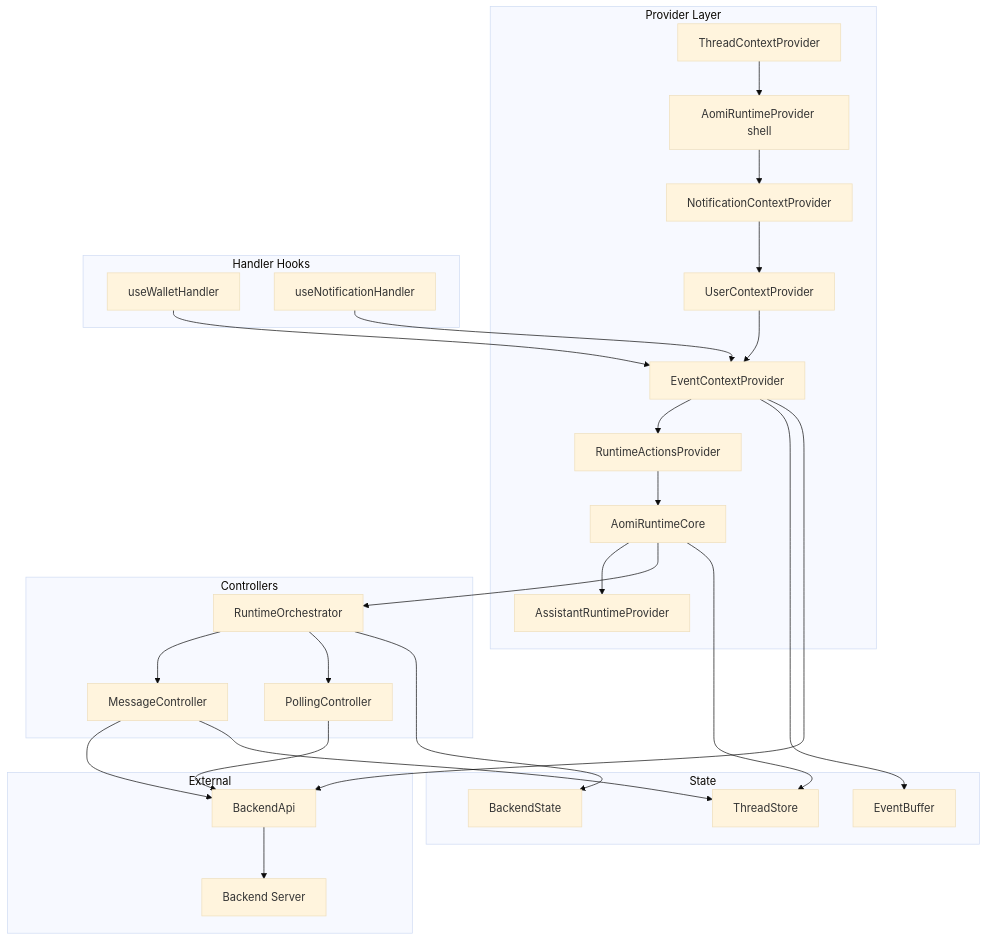
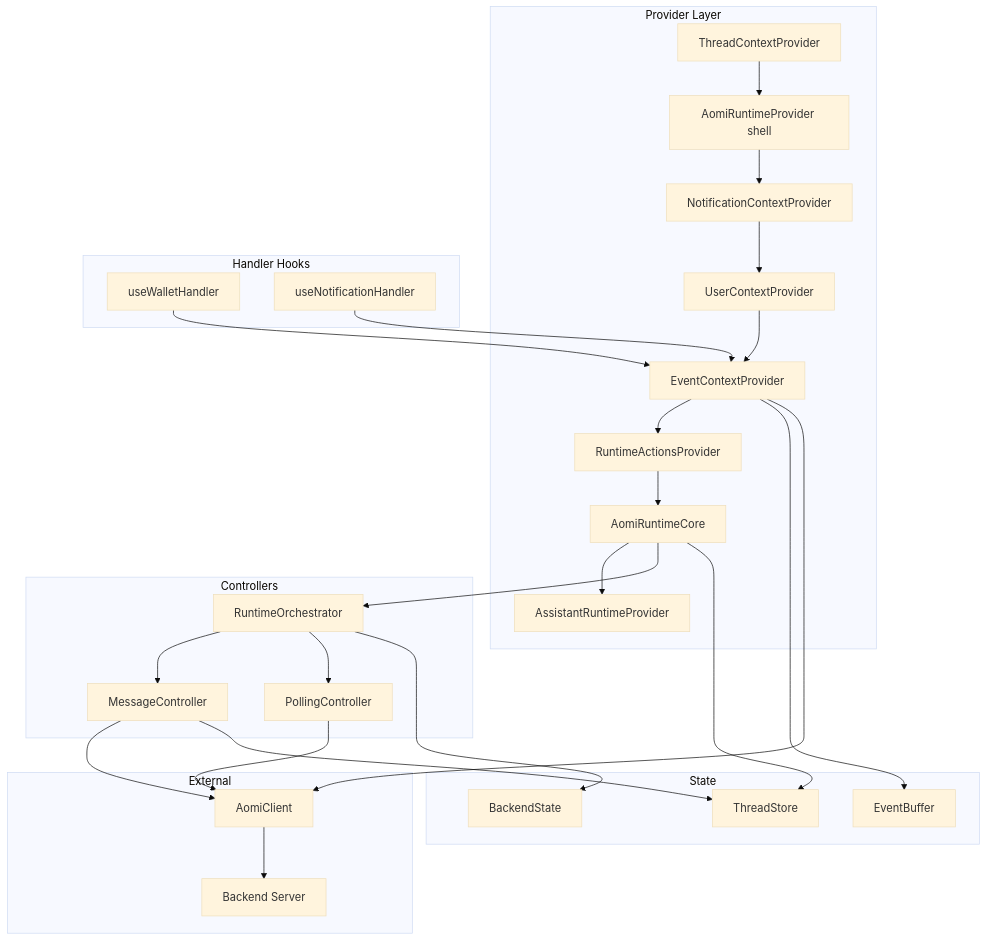
Before and after one commit to aomi-labs/aomi-widget: the first of 13 diagrams in specs/RUNTIME-ARCH.md, drawn with Mermaid (base theme). The commit also changed other lines of this file and 30 other files, not shown here.

Commit message:
use aomiClient across the repo

````diff
--- a/specs/RUNTIME-ARCH.md
+++ b/specs/RUNTIME-ARCH.md
@@ -13,61 +13,61 @@
 ```mermaid
 graph TB
     subgraph "Provider Layer"
         TCP[ThreadContextProvider]
         ARP[AomiRuntimeProvider shell]
         NCP[NotificationContextProvider]
         UCP[UserContextProvider]
         ECP[EventContextProvider]
         RAP[RuntimeActionsProvider]
         ARC[AomiRuntimeCore]
         ASRP[AssistantRuntimeProvider]
     end
 
     subgraph "Controllers"
         RO[RuntimeOrchestrator]
         MC[MessageController]
         PC[PollingController]
     end
 
     subgraph "State"
         BS[BackendState]
         TS[ThreadStore]
         EB[EventBuffer]
     end
 
     subgraph "Handler Hooks"
         WH[useWalletHandler]
         NH[useNotificationHandler]
     end
 
     subgraph "External"
-        API[BackendApi]
+        API[AomiClient]
         BE[Backend Server]
     end
 
     TCP --> ARP
     ARP --> NCP
     NCP --> UCP
     UCP --> ECP
     ECP --> RAP
     RAP --> ARC
     ARC --> ASRP
 
     ARC --> RO
     RO --> MC
     RO --> PC
     RO --> BS
 
     MC --> API
     PC --> API
     API --> BE
 
     ECP --> EB
     ECP --> API
 
     WH --> ECP
     NH --> ECP
 
     ARC --> TS
     MC --> TS
 ```
````
